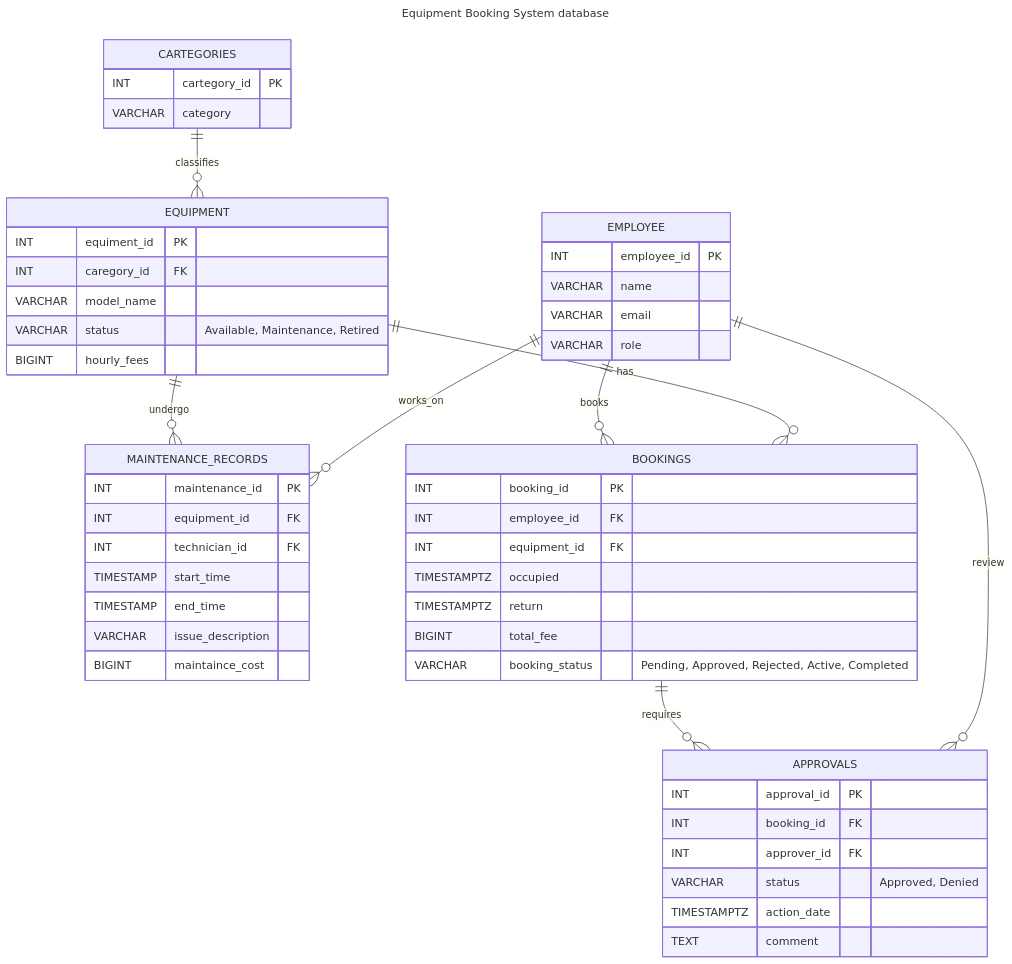
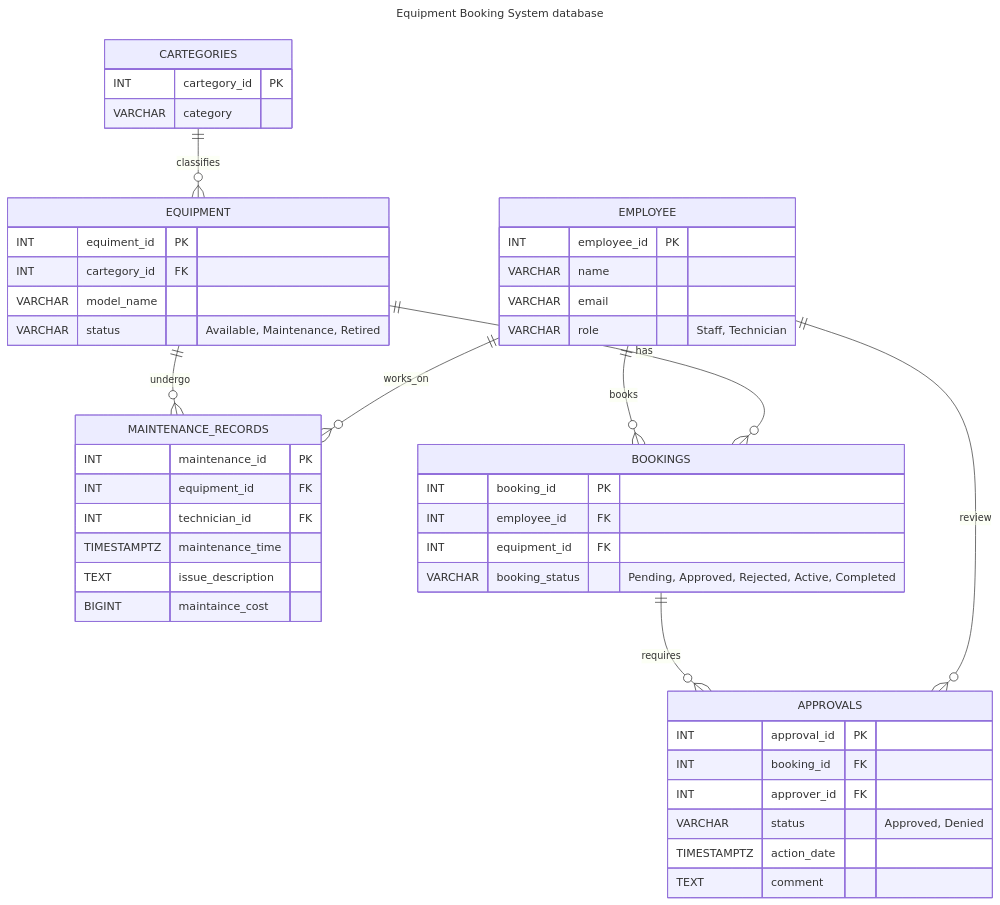
Before and after one commit to deekshithm-vonnue/Phase2-training: the diagram in week-7/day-10/erDiagram.md, drawn with Mermaid. The commit also changed 3 other files, not shown here.

Commit message:
feat: implemented schema and seeded data

````diff
--- a/week-7/day-10/erDiagram.md
+++ b/week-7/day-10/erDiagram.md
@@ -1,62 +1,57 @@
 ```mermaid
 ---
 title: Equipment Booking System database
 ---
 
 erDiagram
     EMPLOYEE{
         INT employee_id PK
         VARCHAR name
         VARCHAR email
-        VARCHAR role
+        VARCHAR role "Staff, Technician"
     }
 
     CARTEGORIES{
         INT cartegory_id PK
         VARCHAR category
     }
     EQUIPMENT{
         INT equiment_id  PK
-        INT caregory_id FK
+        INT cartegory_id FK
         VARCHAR model_name
         VARCHAR status "Available, Maintenance, Retired"
-        BIGINT hourly_fees
     }
 
     MAINTENANCE_RECORDS{
         INT maintenance_id PK
         INT equipment_id FK
         INT technician_id FK
-        TIMESTAMP start_time
-        TIMESTAMP end_time
-        VARCHAR  issue_description
+        TIMESTAMPTZ maintenance_time
+        TEXT  issue_description
         BIGINT maintaince_cost
     }
 
 
     APPROVALS{
         INT approval_id PK
         INT booking_id FK
         INT approver_id FK
         VARCHAR status "Approved, Denied"
         TIMESTAMPTZ action_date
         TEXT comment
     }
 
     BOOKINGS{
         INT booking_id PK
         INT employee_id FK
         INT equipment_id FK
-        TIMESTAMPTZ occupied
-        TIMESTAMPTZ return
-        BIGINT total_fee
         VARCHAR booking_status "Pending, Approved, Rejected, Active, Completed"
     }
     EMPLOYEE ||--o{BOOKINGS:"books"
     EQUIPMENT||--o{ BOOKINGS:"has"
     CARTEGORIES||--o{EQUIPMENT:"classifies"
     BOOKINGS||--O{APPROVALS:"requires"
     EMPLOYEE||--o{APPROVALS:"review"
     EQUIPMENT||--o{MAINTENANCE_RECORDS:"undergo"
     EMPLOYEE ||--o{MAINTENANCE_RECORDS:"works_on"
 ```
````
